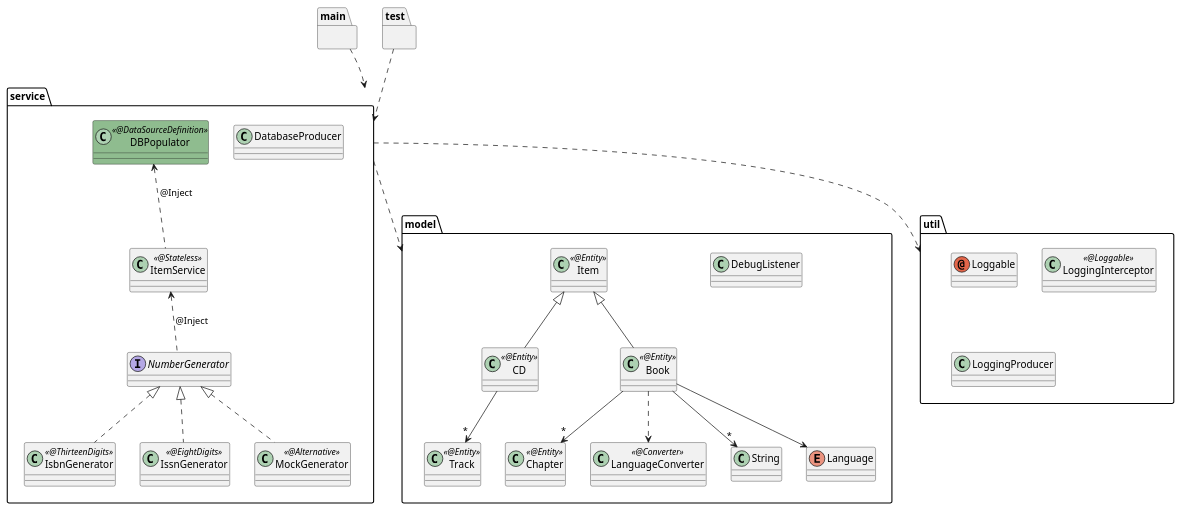
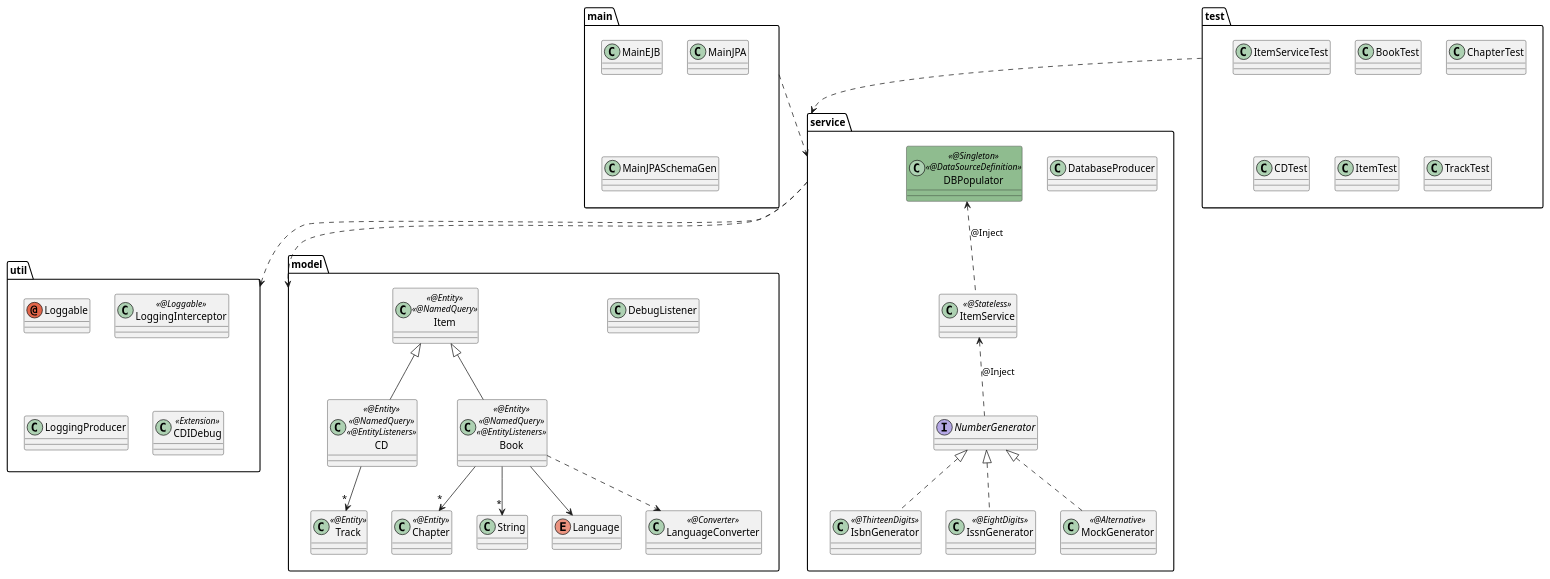
One commit to agoncal/agoncal-training-javaee7 changed the diagram in 11-JTA/demo11.puml. Above: the diagram before and after it, drawn with PlantUML. The commit also changed 16 other files, not shown here.

Commit message:
Updading UML schemas

```diff
--- a/11-JTA/demo11.puml
+++ b/11-JTA/demo11.puml
@@ -1,55 +1,65 @@
 @startuml
 
 package "main" {
+    class MainEJB
+    class MainJPA
+    class MainJPASchemaGen
 }
 package "test" {
+    class ItemServiceTest
+    class BookTest
+    class ChapterTest
+    class CDTest
+    class ItemTest
+    class TrackTest
 }
 
 package "service" {
     interface NumberGenerator
     class IsbnGenerator << @ThirteenDigits >>
     class IssnGenerator << @EightDigits >>
     class MockGenerator << @Alternative >>
     class ItemService << @Stateless >>
     class DatabaseProducer
-    class DBPopulator << @DataSourceDefinition >> #8FBC8F
+    class DBPopulator << @Singleton >> << @DataSourceDefinition >> #8FBC8F
 
     ItemService <.. NumberGenerator : @Inject
     DBPopulator <.. ItemService : @Inject
     NumberGenerator <|.. IsbnGenerator
     NumberGenerator <|.. IssnGenerator
     NumberGenerator <|.. MockGenerator
 }
 
 package "model" {
     class DebugListener
-    class Item << @Entity >>
-    class CD << @Entity >>
+    class Item << @Entity >> << @NamedQuery >>
+    class CD << @Entity >> << @NamedQuery >> << @EntityListeners >>
     class Track << @Entity >>
     class Chapter << @Entity >>
-    class LanguageConverter << @Converter >>
-    class Book << @Entity >>
+    class Book << @Entity >> << @NamedQuery >> << @EntityListeners >>
     class String
     enum Language
+    class LanguageConverter << @Converter >>
 
     Item <|-- CD
     Item <|-- Book
     CD --> "*" Track
     Book --> "*" String
     Book --> "*" Chapter
     Book --> Language
     Book ..> LanguageConverter
 }
 
 package "util" {
     annotation Loggable
     class LoggingInterceptor << @Loggable >>
     class LoggingProducer
+    class CDIDebug << Extension >>
 }
 
 main ..> service
 test ..> service
 service ..> model
 service ..> util
 
 @enduml
```
